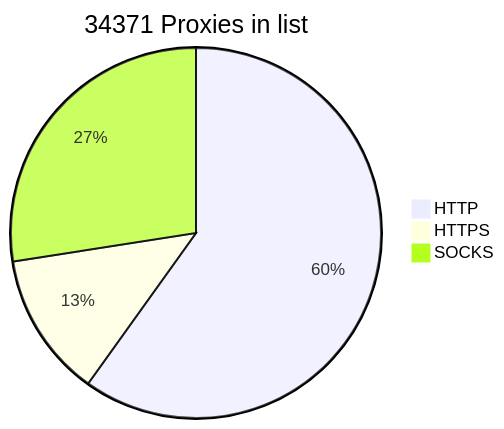
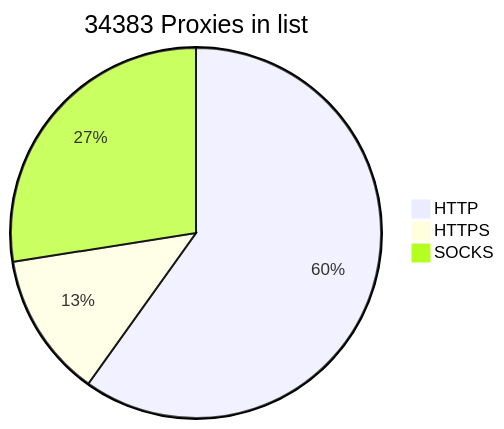
Before and after one commit to BlackSnowDot/proxylist-update-every-minute: the diagram in README.md, drawn with Mermaid.

````diff
--- a/README.md
+++ b/README.md
@@ -2,6 +2,6 @@
 ```mermaid
-pie title 34371 Proxies in list
+pie title 34383 Proxies in list
     "HTTP" : 22808
     "HTTPS": 4817
-    "SOCKS" : 10458
+    "SOCKS" : 10470
 ```
````
